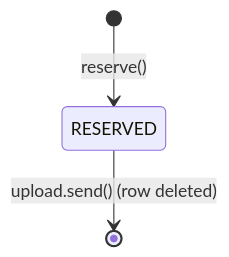
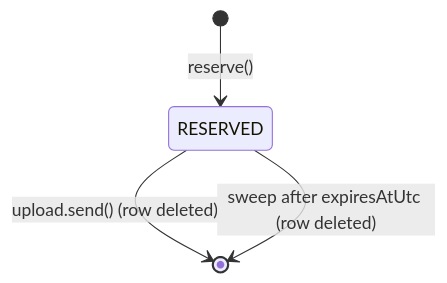
Before and after one commit to powerhouse-inc/powerhouse: the first of 6 diagrams in packages/reactor/docs/attachments.md, drawn with Mermaid. The commit also changed other lines of this file and 37 other files, not shown here.

````diff
--- a/packages/reactor/docs/attachments.md
+++ b/packages/reactor/docs/attachments.md
@@ -90,5 +90,6 @@
 ```mermaid
 stateDiagram-v2
     [*] --> RESERVED : reserve()
     RESERVED --> [*] : upload.send() (row deleted)
+    RESERVED --> [*] : sweep after expiresAtUtc (row deleted)
 ```
````
